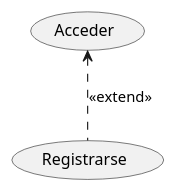
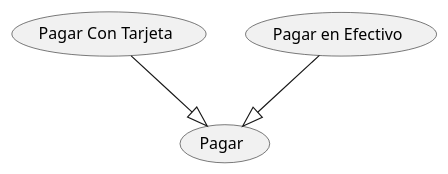
The diagram in src/test.puml (erentitan4512/Carlos-Arroyo-Galan-Casos-de-Uso-UML), drawn with PlantUML before and after one commit.

Commit message:
Fifth Commit

```diff
--- a/src/test.puml
+++ b/src/test.puml
@@ -1,3 +1,5 @@
 @startuml
-(Acceder)<..(Registrarse) : <<extend>>
+(Pagar)
+(Pagar Con Tarjeta) --|> (Pagar)
+(Pagar en Efectivo) --|> (Pagar)
 @enduml
```
